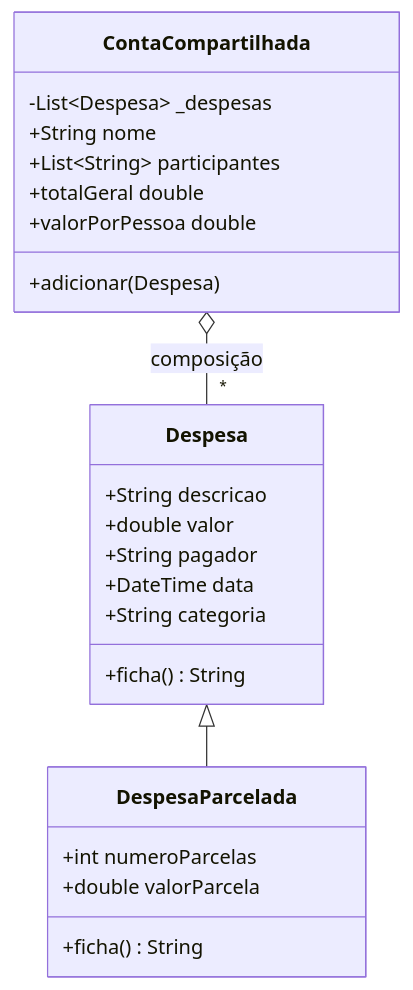
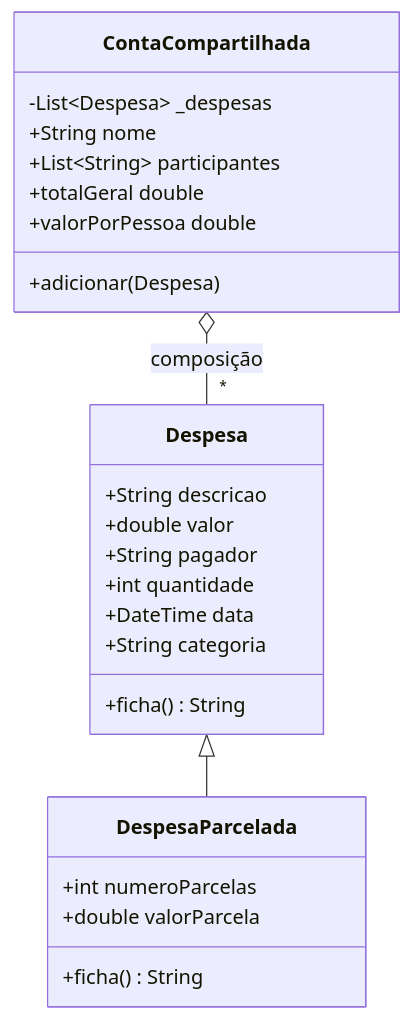
The diagram in docs-requisitos-divideai/dart/especificacao-classes.md (lucaskolapouski/mobile-1bim-esw), drawn with Mermaid before and after one commit. The commit also changed other lines of this file and 13 other files, not shown here.

````diff
--- a/docs-requisitos-divideai/dart/especificacao-classes.md
+++ b/docs-requisitos-divideai/dart/especificacao-classes.md
@@ -143,26 +151,27 @@
 ```mermaid
 classDiagram
     class Despesa {
         +String descricao
         +double valor
         +String pagador
+        +int quantidade
         +DateTime data
         +String categoria
         +ficha() String
     }
     class DespesaParcelada {
         +int numeroParcelas
         +double valorParcela
         +ficha() String
     }
     class ContaCompartilhada {
         -List~Despesa~ _despesas
         +String nome
         +List~String~ participantes
         +adicionar(Despesa)
         +totalGeral double
         +valorPorPessoa double
     }
     Despesa <|-- DespesaParcelada
     ContaCompartilhada o-- "*" Despesa : composição
 ```
````
